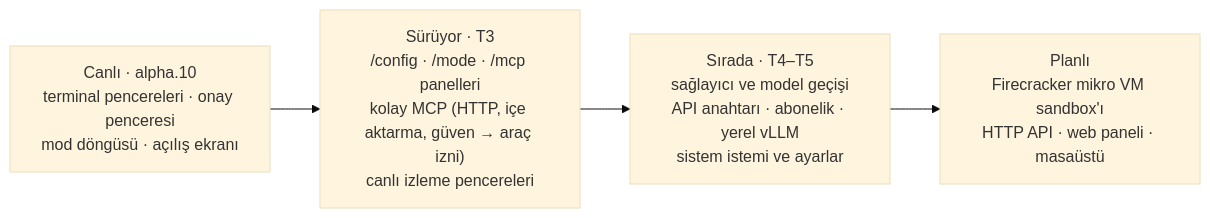
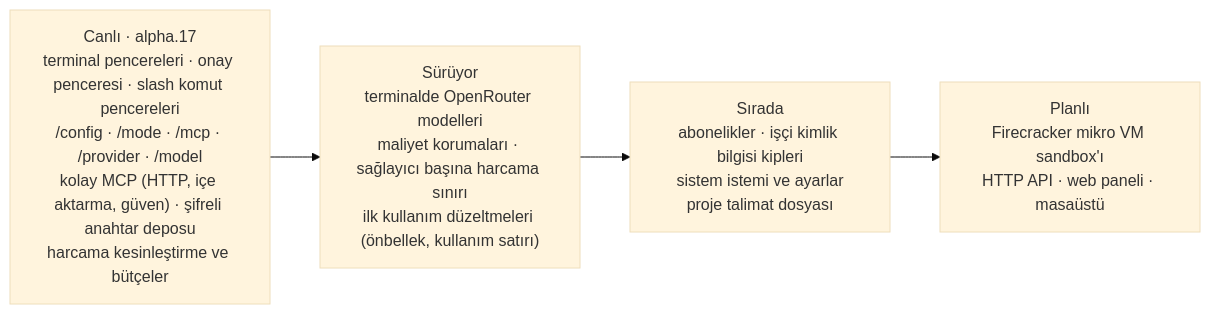
Before and after one commit to Verhex/deckent-next: the fourth of 4 diagrams in README.tr.md, drawn with Mermaid (base theme). The commit also changed other lines of this file and 5 other files, not shown here.

Commit message:
docs(audit): README/README.tr live alpha.17, roadmap and model/provider features; SECURITY supported version; PLAN landed rows (IDENTITY-BINDING-V2 to COMPLETED-PLAN, MODEL-PROVIDERS, TERM-TEST-FIXES, SECRET-AT-REST); COMPLETED-PLAN alpha.6/7/10/14 sections

````diff
--- a/README.tr.md
+++ b/README.tr.md
@@ -202,6 +204,6 @@
 ```mermaid
 flowchart LR
-  L["Canlı · alpha.10<br/>terminal pencereleri · onay penceresi<br/>mod döngüsü · açılış ekranı"] --> P["Sürüyor · T3<br/>/config · /mode · /mcp panelleri<br/>kolay MCP (HTTP, içe aktarma, güven → araç izni)<br/>canlı izleme pencereleri"]
-  P --> N["Sırada · T4–T5<br/>sağlayıcı ve model geçişi<br/>API anahtarı · abonelik · yerel vLLM<br/>sistem istemi ve ayarlar"]
+  L["Canlı · alpha.17<br/>terminal pencereleri · onay penceresi · slash komut pencereleri<br/>/config · /mode · /mcp · /provider · /model<br/>kolay MCP (HTTP, içe aktarma, güven) · şifreli anahtar deposu<br/>harcama kesinleştirme ve bütçeler"] --> P["Sürüyor<br/>terminalde OpenRouter modelleri<br/>maliyet korumaları · sağlayıcı başına harcama sınırı<br/>ilk kullanım düzeltmeleri (önbellek, kullanım satırı)"]
+  P --> N["Sırada<br/>abonelikler · işçi kimlik bilgisi kipleri<br/>sistem istemi ve ayarlar<br/>proje talimat dosyası"]
   N --> F["Planlı<br/>Firecracker mikro VM sandbox'ı<br/>HTTP API · web paneli · masaüstü"]
 ```
````
